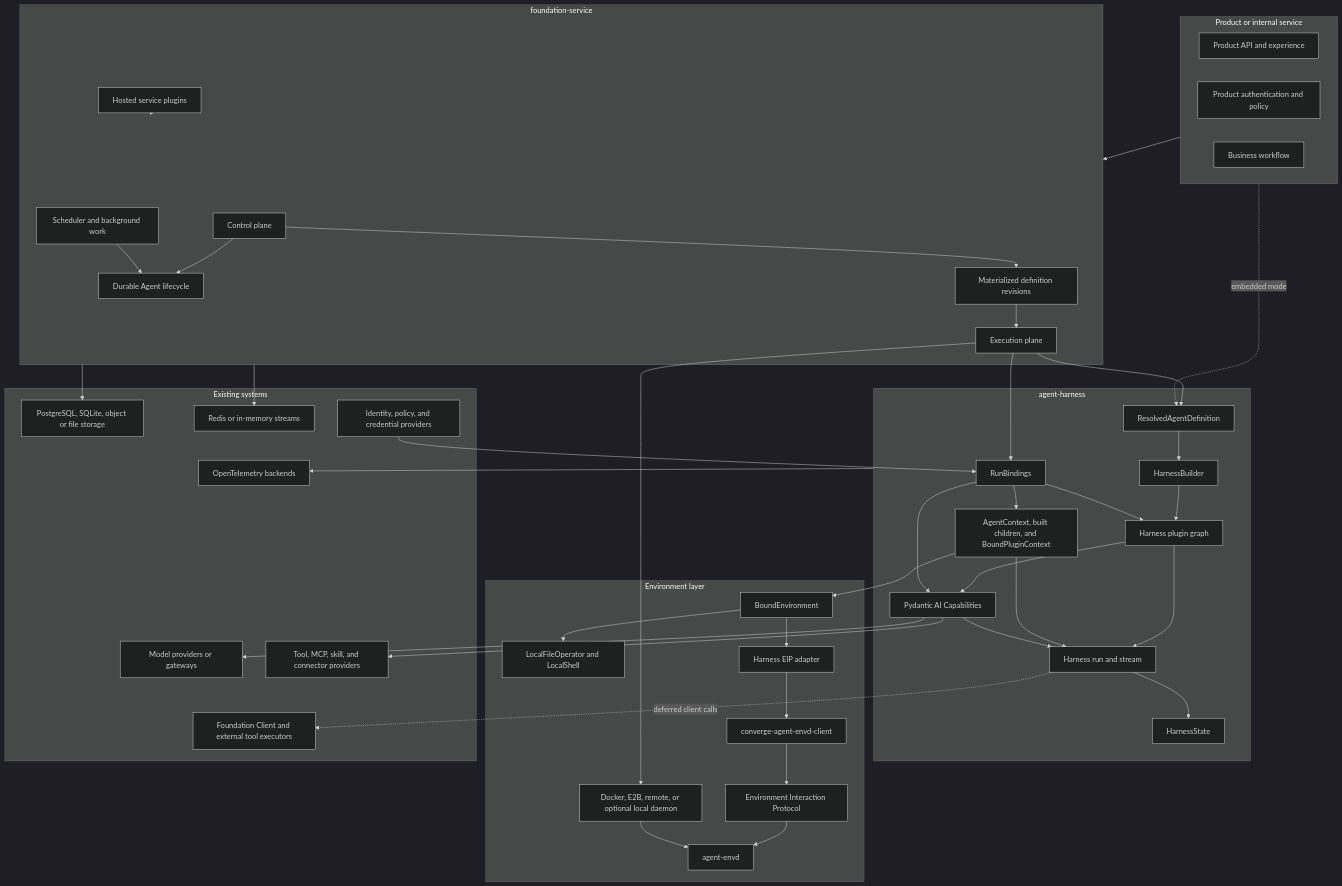
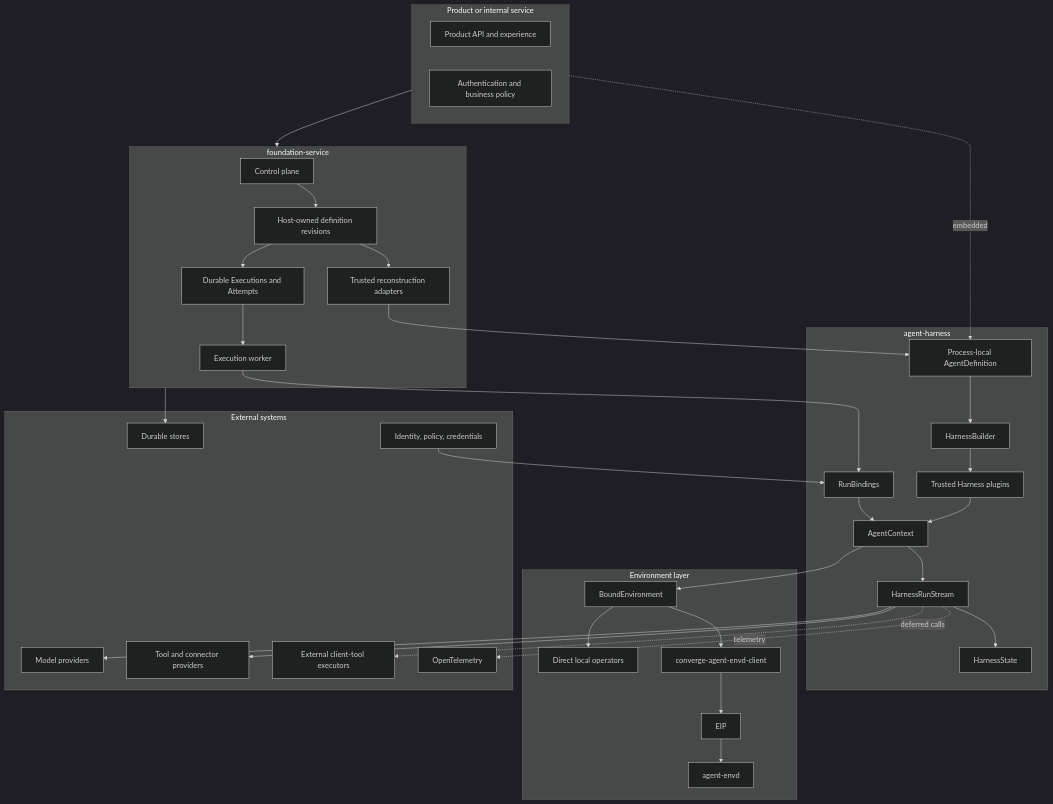
Before and after one commit to LTThreeComma/agent-foundation: the first of 4 diagrams in spec/README.md, drawn with Mermaid (dark theme). The commit also changed other lines of this file and 31 other files, not shown here.

````diff
--- a/spec/README.md
+++ b/spec/README.md
@@ -17,68 +18,58 @@
 ```mermaid
 flowchart TB
     subgraph Product[Product or internal service]
         API[Product API and experience]
-        Policy[Product authentication and policy]
-        Workflow[Business workflow]
+        Policy[Authentication and business policy]
     end
 
     subgraph Service[foundation-service]
         Control[Control plane]
-        Definitions[Materialized definition revisions]
-        Execution[Execution plane]
-        Lifecycle[Durable Agent lifecycle]
-        Scheduler[Scheduler and background work]
-        ServicePlugins[Hosted service plugins]
+        Definitions[Host-owned definition revisions]
+        Lifecycle[Durable Executions and Attempts]
+        Worker[Execution worker]
+        Reconstruct[Trusted reconstruction adapters]
     end
 
     subgraph Harness[agent-harness]
-        Plan[ResolvedAgentDefinition]
+        Definition[Process-local AgentDefinition]
         Builder[HarnessBuilder]
-        Plugins[Harness plugin graph]
+        Plugins[Trusted Harness plugins]
         Bindings[RunBindings]
-        Context[AgentContext, built children, and BoundPluginContext]
-        Capabilities[Pydantic AI Capabilities]
-        Run[Harness run and stream]
+        Context[AgentContext]
+        Run[HarnessRunStream]
         State[HarnessState]
     end
 
     subgraph Environment[Environment layer]
         Bound[BoundEnvironment]
-        Local[LocalFileOperator and LocalShell]
-        EIPAdapter[Harness EIP adapter]
+        Local[Direct local operators]
         EIPClient[converge-agent-envd-client]
-        EIP[Environment Interaction Protocol]
+        EIP[EIP]
         Envd[agent-envd]
-        ProviderProfiles[Docker, E2B, remote, or optional local daemon]
     end
 
-    subgraph External[Existing systems]
-        Models[Model providers or gateways]
-        Tools[Tool, MCP, skill, and connector providers]
-        Stores[PostgreSQL, SQLite, object or file storage]
-        Streams[Redis or in-memory streams]
-        Identity[Identity, policy, and credential providers]
-        Clients[Foundation Client and external tool executors]
-        OTel[OpenTelemetry backends]
+    subgraph External[External systems]
+        Models[Model providers]
+        Tools[Tool and connector providers]
+        Stores[Durable stores]
+        Identity[Identity, policy, credentials]
+        Clients[External client-tool executors]
+        OTel[OpenTelemetry]
     end
 
     Product --> Service
-    Product -. embedded mode .-> Plan
-    Control --> Definitions --> Execution
-    Control --> Lifecycle
-    Scheduler --> Lifecycle
-    ServicePlugins --> Service
-    Execution --> Plan --> Builder --> Plugins --> Capabilities
-    Execution --> Bindings
+    Product -. embedded .-> Definition
+    Control --> Definitions --> Lifecycle --> Worker
+    Definitions --> Reconstruct --> Definition
+    Definition --> Builder --> Plugins
+    Worker --> Bindings
     Identity --> Bindings
-    Bindings --> Plugins & Context & Capabilities
-    Plugins & Context & Capabilities --> Run --> State
-    Capabilities --> Models & Tools
-    Run -. deferred client calls .-> Clients
+    Plugins & Bindings --> Context --> Run --> State
+    Run --> Models & Tools
+    Run -. deferred calls .-> Clients
     Context --> Bound
     Bound --> Local
-    Bound --> EIPAdapter --> EIPClient --> EIP --> Envd
-    Execution --> ProviderProfiles --> Envd
-    Service --> Stores & Streams
-    Harness --> OTel
+    Bound --> EIPClient --> EIP --> Envd
+    Service --> Stores
+    Run -. telemetry .-> OTel
 ```
````
